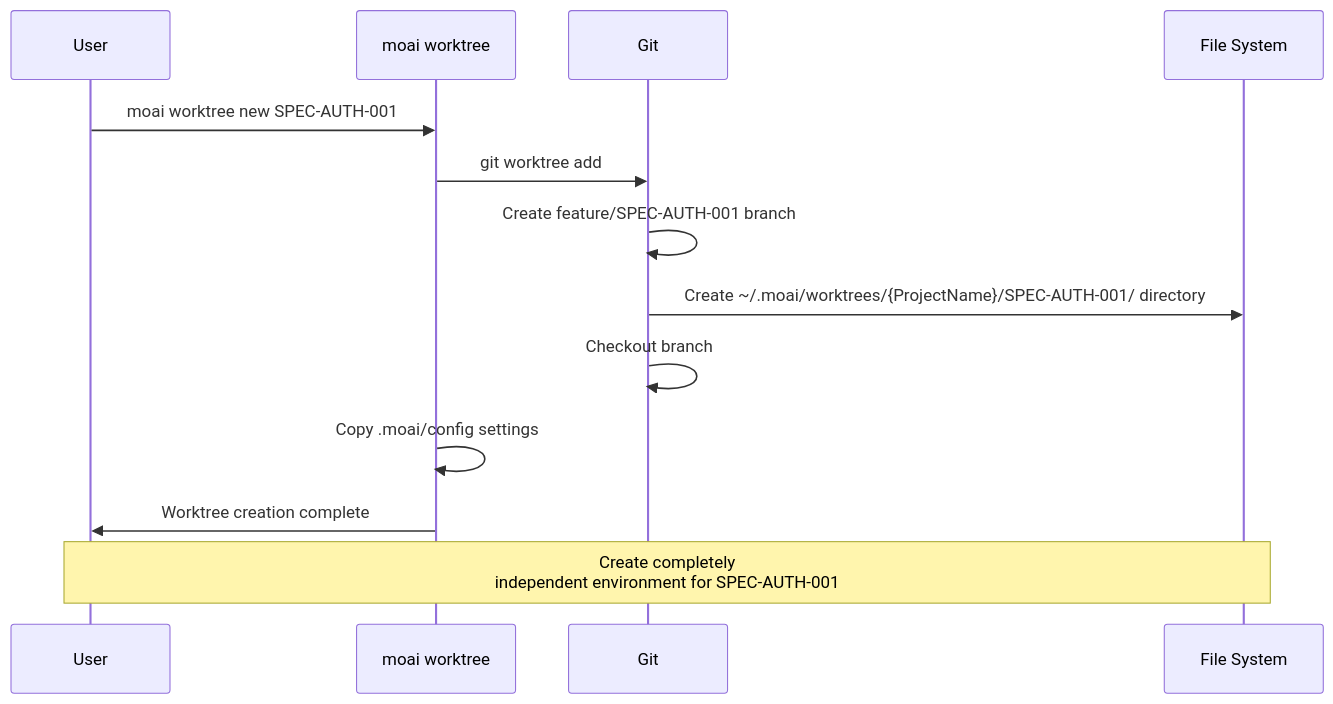
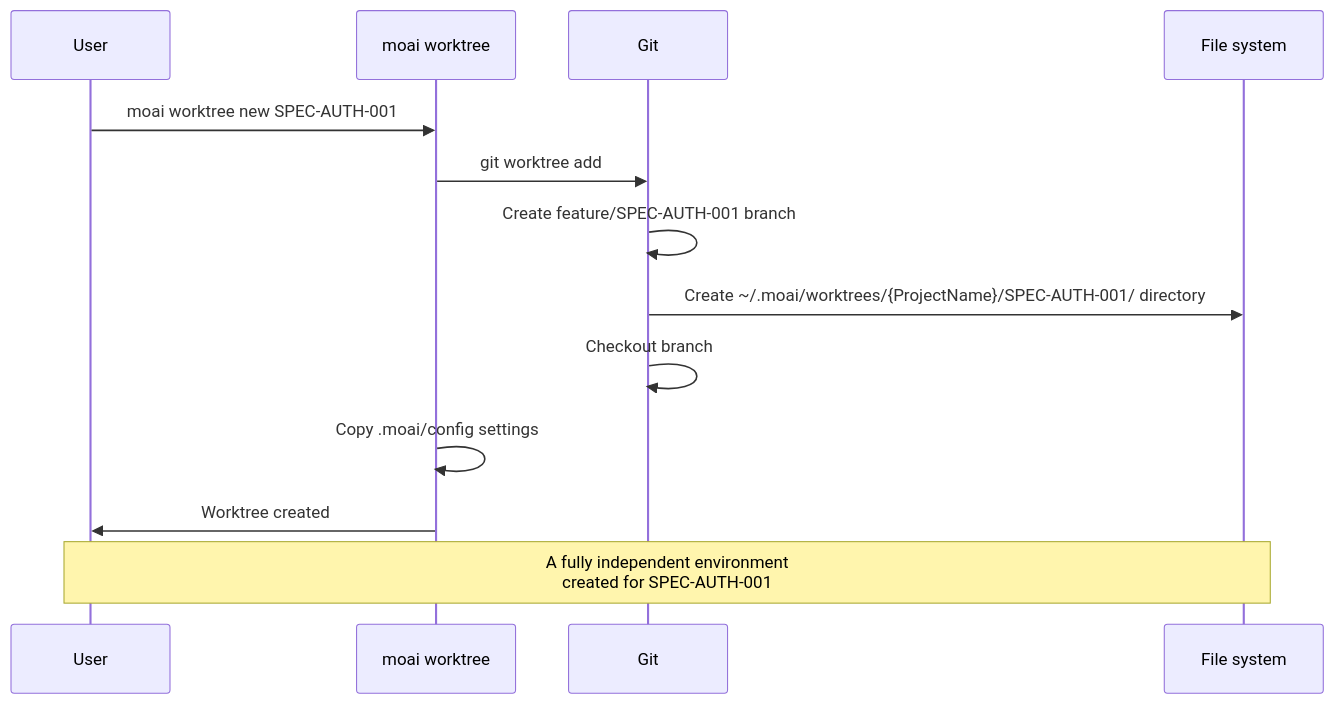
The second of 10 diagrams in docs-site/content/en/worktree/guide.md (modu-ai/moai-adk), drawn with Mermaid before and after one commit. The commit also changed other lines of this file and 395 other files, not shown here.

````diff
--- a/docs-site/content/en/worktree/guide.md
+++ b/docs-site/content/en/worktree/guide.md
@@ -89,17 +98,17 @@
 ```mermaid
 sequenceDiagram
     participant User as User
     participant CLI as moai worktree
     participant Git as Git
-    participant FS as File System
+    participant FS as File system
 
     User->>CLI: moai worktree new SPEC-AUTH-001
     CLI->>Git: git worktree add
     Git->>Git: Create feature/SPEC-AUTH-001 branch
     Git->>FS: Create ~/.moai/worktrees/{ProjectName}/SPEC-AUTH-001/ directory
     Git->>Git: Checkout branch
     CLI->>CLI: Copy .moai/config settings
-    CLI->>User: Worktree creation complete
+    CLI->>User: Worktree created
 
-    Note over User,FS: Create completely<br/>independent environment for SPEC-AUTH-001
+    Note over User,FS: A fully independent environment<br/>created for SPEC-AUTH-001
 ```
````
